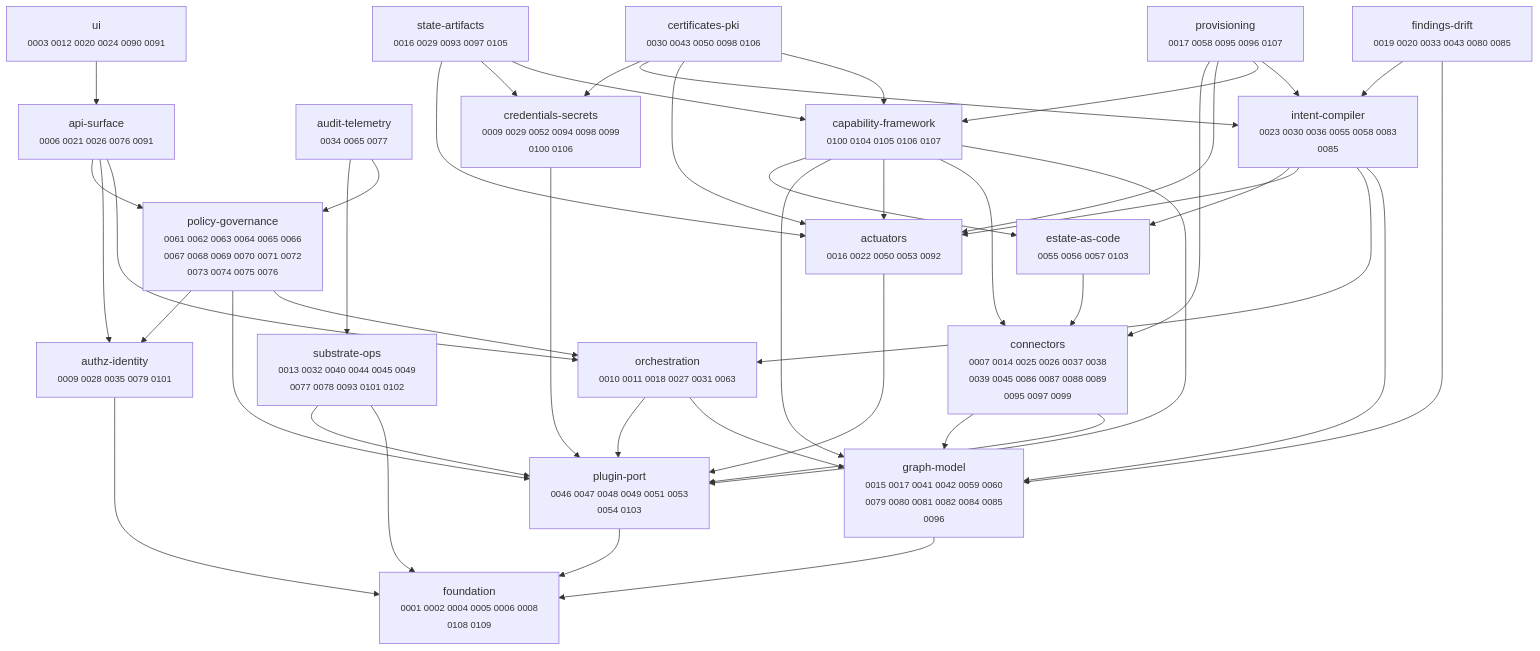
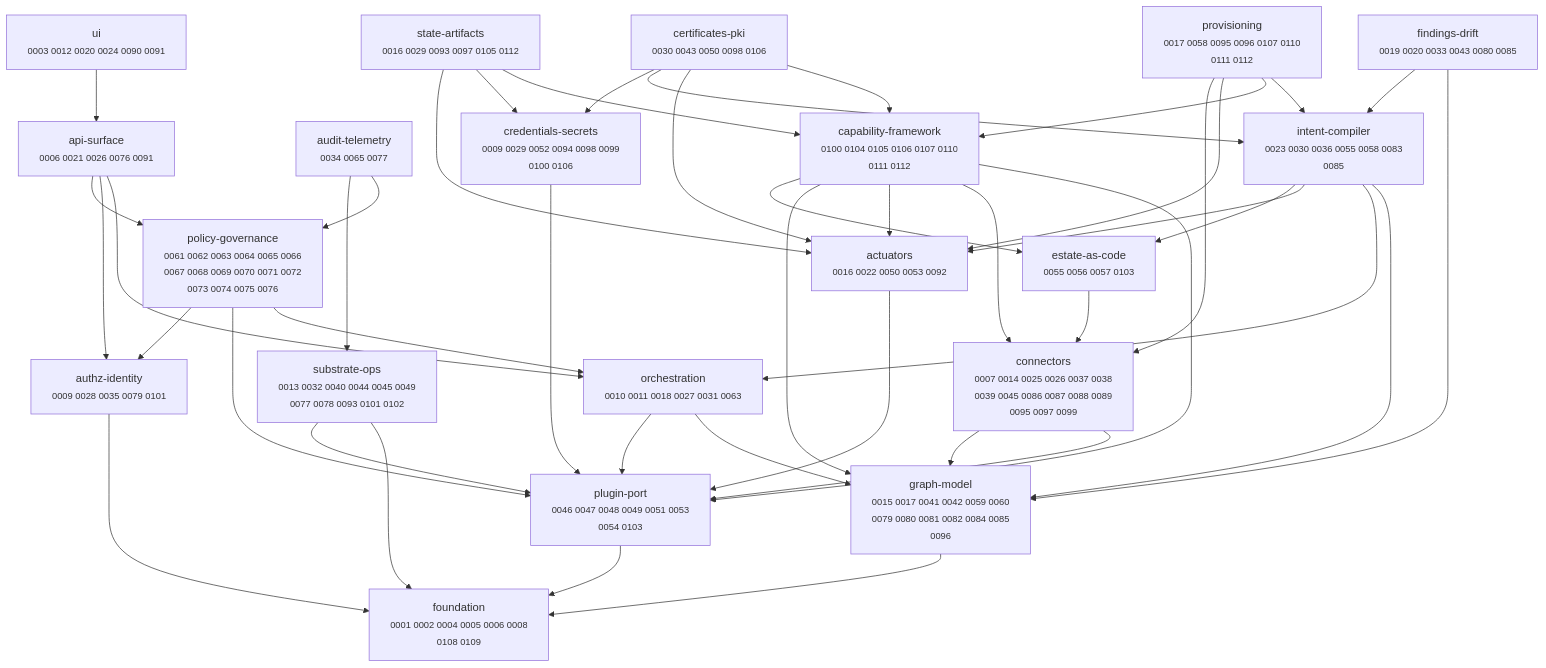
One commit to dstout-devops/stratt changed the diagram in docs/adr/MAP.md. Above: the diagram before and after it, drawn with Mermaid. The commit also changed other lines of this file and 59 other files, not shown here.

First line of the commit message:
feat: capability-driven provisioning — reach-path, ipam, opentofu network

````diff
--- a/docs/adr/MAP.md
+++ b/docs/adr/MAP.md
@@ -11,67 +11,67 @@
 ```mermaid
 graph TD
   actuators["actuators<br/><small>0016 0022 0050 0053 0092</small>"]
   api_surface["api-surface<br/><small>0006 0021 0026 0076 0091</small>"]
   audit_telemetry["audit-telemetry<br/><small>0034 0065 0077</small>"]
   authz_identity["authz-identity<br/><small>0009 0028 0035 0079 0101</small>"]
-  capability_framework["capability-framework<br/><small>0100 0104 0105 0106 0107</small>"]
+  capability_framework["capability-framework<br/><small>0100 0104 0105 0106 0107 0110<br/>0111 0112</small>"]
   certificates_pki["certificates-pki<br/><small>0030 0043 0050 0098 0106</small>"]
   connectors["connectors<br/><small>0007 0014 0025 0026 0037 0038<br/>0039 0045 0086 0087 0088 0089<br/>0095 0097 0099</small>"]
   credentials_secrets["credentials-secrets<br/><small>0009 0029 0052 0094 0098 0099<br/>0100 0106</small>"]
   estate_as_code["estate-as-code<br/><small>0055 0056 0057 0103</small>"]
   findings_drift["findings-drift<br/><small>0019 0020 0033 0043 0080 0085</small>"]
   foundation["foundation<br/><small>0001 0002 0004 0005 0006 0008<br/>0108 0109</small>"]
   graph_model["graph-model<br/><small>0015 0017 0041 0042 0059 0060<br/>0079 0080 0081 0082 0084 0085<br/>0096</small>"]
   intent_compiler["intent-compiler<br/><small>0023 0030 0036 0055 0058 0083<br/>0085</small>"]
   orchestration["orchestration<br/><small>0010 0011 0018 0027 0031 0063</small>"]
   plugin_port["plugin-port<br/><small>0046 0047 0048 0049 0051 0053<br/>0054 0103</small>"]
   policy_governance["policy-governance<br/><small>0061 0062 0063 0064 0065 0066<br/>0067 0068 0069 0070 0071 0072<br/>0073 0074 0075 0076</small>"]
-  provisioning["provisioning<br/><small>0017 0058 0095 0096 0107</small>"]
-  state_artifacts["state-artifacts<br/><small>0016 0029 0093 0097 0105</small>"]
+  provisioning["provisioning<br/><small>0017 0058 0095 0096 0107 0110<br/>0111 0112</small>"]
+  state_artifacts["state-artifacts<br/><small>0016 0029 0093 0097 0105 0112</small>"]
   substrate_ops["substrate-ops<br/><small>0013 0032 0040 0044 0045 0049<br/>0077 0078 0093 0101 0102</small>"]
   ui["ui<br/><small>0003 0012 0020 0024 0090 0091</small>"]
 
   actuators --> plugin_port
   api_surface --> orchestration
   api_surface --> authz_identity
   api_surface --> policy_governance
   audit_telemetry --> policy_governance
   audit_telemetry --> substrate_ops
   authz_identity --> foundation
   capability_framework --> plugin_port
   capability_framework --> connectors
   capability_framework --> actuators
   capability_framework --> graph_model
   capability_framework --> estate_as_code
   certificates_pki --> capability_framework
   certificates_pki --> actuators
   certificates_pki --> intent_compiler
   certificates_pki --> credentials_secrets
   connectors --> plugin_port
   connectors --> graph_model
   credentials_secrets --> plugin_port
   estate_as_code --> connectors
   findings_drift --> graph_model
   findings_drift --> intent_compiler
   graph_model --> foundation
   intent_compiler --> graph_model
   intent_compiler --> orchestration
   intent_compiler --> actuators
   intent_compiler --> estate_as_code
   orchestration --> graph_model
   orchestration --> plugin_port
   plugin_port --> foundation
   policy_governance --> orchestration
   policy_governance --> plugin_port
   policy_governance --> authz_identity
   provisioning --> intent_compiler
   provisioning --> capability_framework
   provisioning --> actuators
   provisioning --> connectors
   state_artifacts --> capability_framework
   state_artifacts --> credentials_secrets
   state_artifacts --> actuators
   substrate_ops --> foundation
   substrate_ops --> plugin_port
   ui --> api_surface
 ```
````
